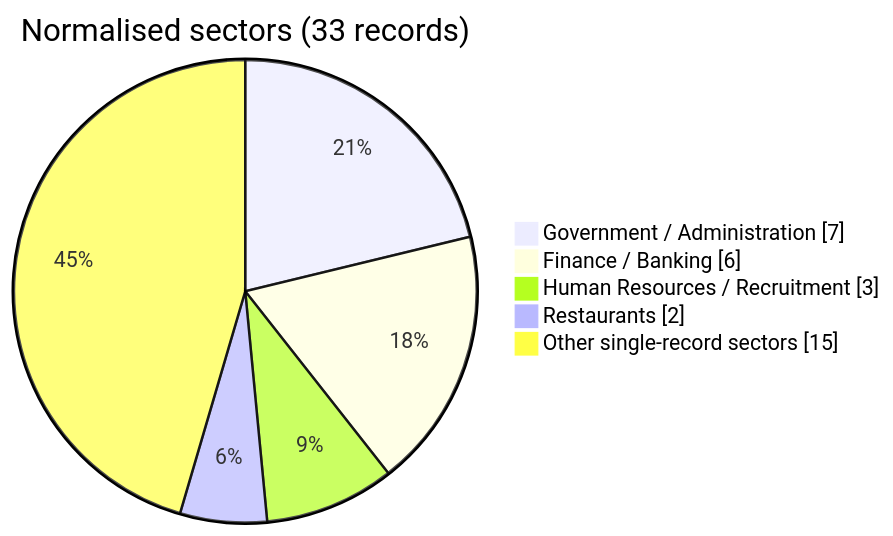
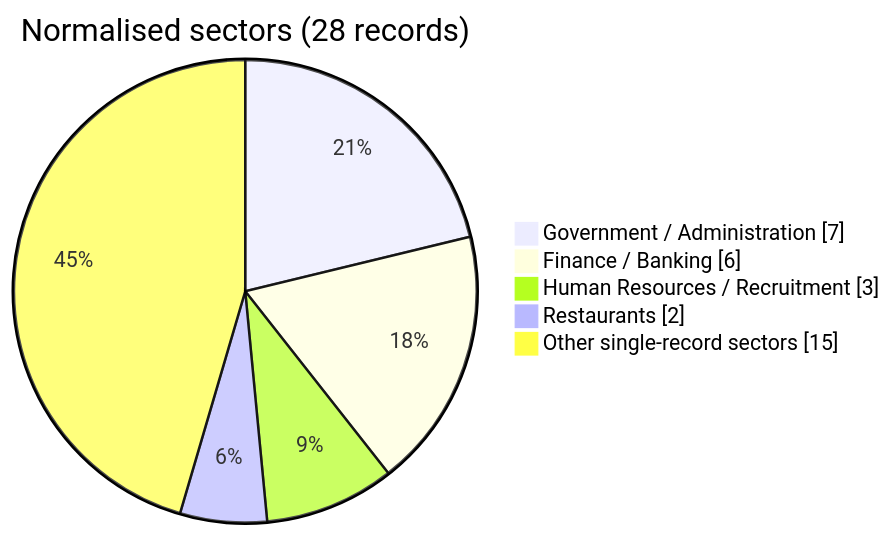
Before and after one commit to Hatchepsoute/AFRINTEL: the diagram in visual-intelligence/08-august/sector-map_august_2026.md, drawn with Mermaid. The commit also changed 120 other files, not shown here.

````diff
--- a/visual-intelligence/08-august/sector-map_august_2026.md
+++ b/visual-intelligence/08-august/sector-map_august_2026.md
@@ -3,9 +3,9 @@
 ```mermaid
 pie showData
-    title Normalised sectors (33 records)
+    title Normalised sectors (28 records)
     "Government / Administration" : 7
     "Finance / Banking" : 6
     "Human Resources / Recruitment" : 3
     "Restaurants" : 2
     "Other single-record sectors" : 15
 ```
````
